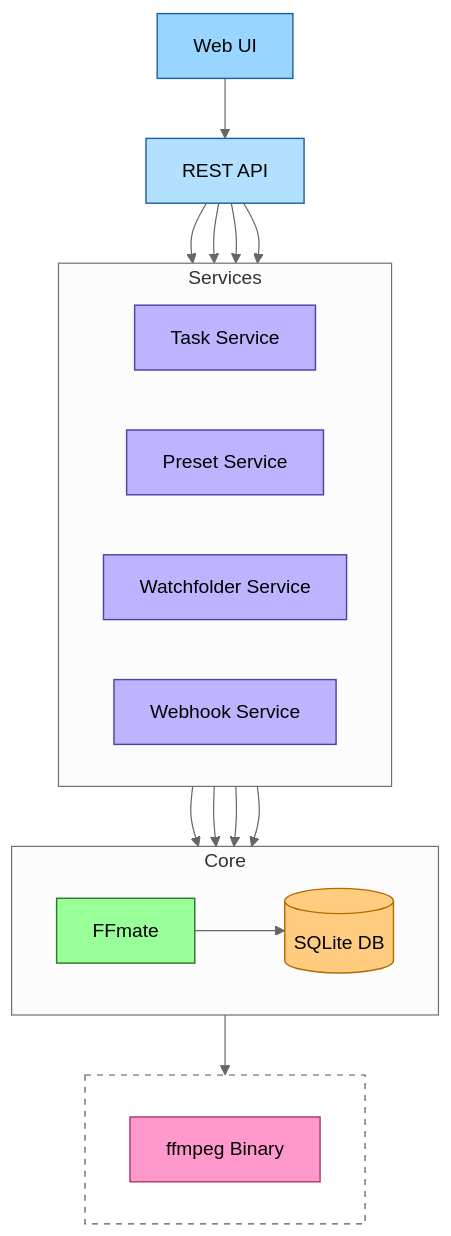
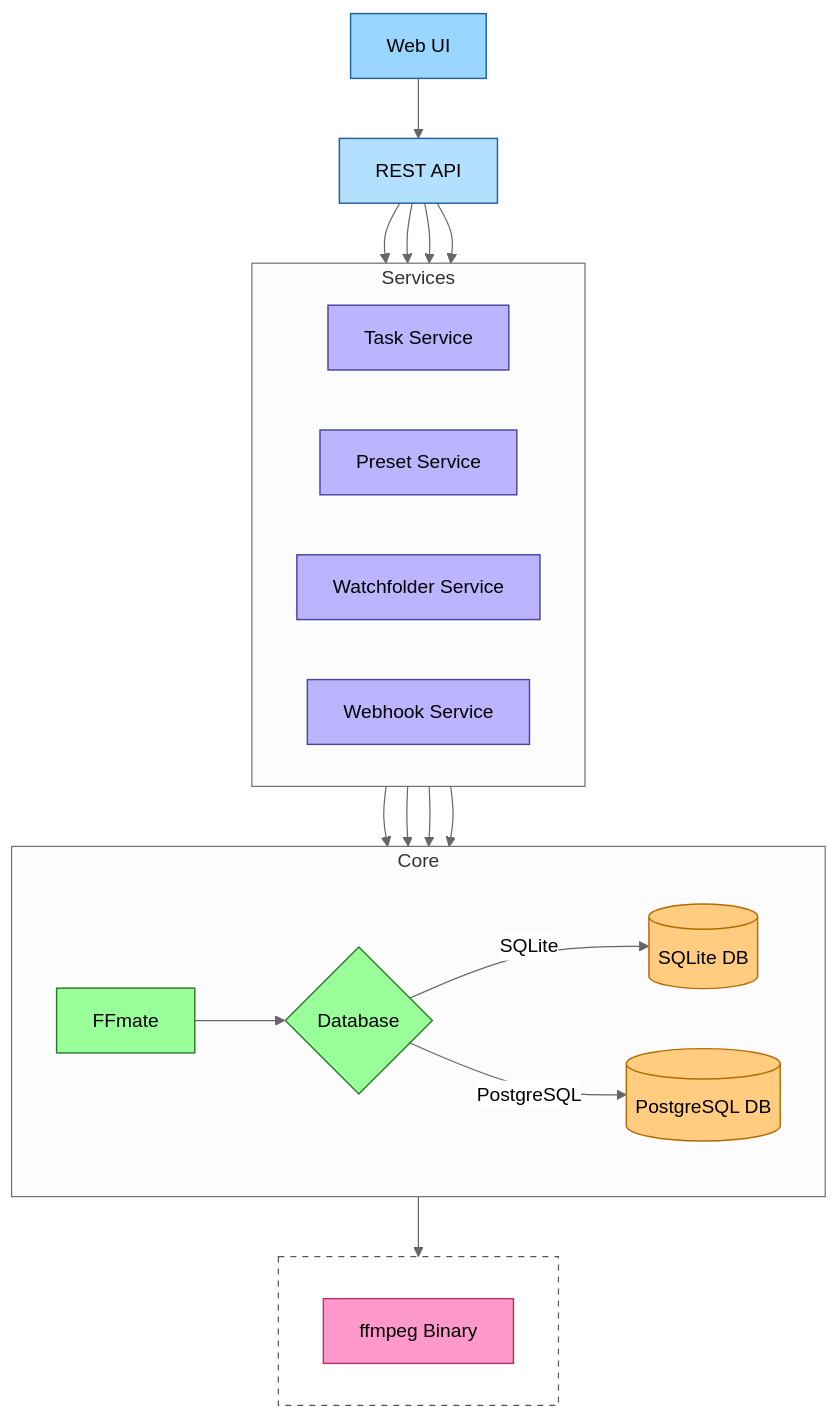
Before and after one commit to welovemedia/ffmate-docs: the diagram in docs/ffmate-internals.md, drawn with Mermaid (neutral theme). The commit also changed other lines of this file and 18 other files, not shown here.

````diff
--- a/docs/ffmate-internals.md
+++ b/docs/ffmate-internals.md
@@ -12,48 +12,54 @@
 ```mermaid
 graph TD
     %% ─── UI & API ─────────────────────────
     WebUI["Web UI"]:::ui
     REST_API["REST API"]:::api
     WebUI --> REST_API
 
     %% ─── Services (single row) ───────────
     subgraph Services ["Services"]
         direction LR
         TaskSvc["Task Service"]:::svc
         PresetSvc["Preset Service"]:::svc
         WatchfolderSvc["Watchfolder Service"]:::svc
         WebhookSvc["Webhook Service"]:::svc
     end
     REST_API --> TaskSvc
     REST_API --> PresetSvc
     REST_API --> WatchfolderSvc
     REST_API --> WebhookSvc
 
-    %% ─── Core & DB side-by-side ───────────
+    %% ─── Core & DB choice ────────────────
     subgraph Core ["Core"]
         direction LR
         FFMate["FFmate"]:::core
-        DB[(SQLite DB)]:::db
+        DBChoice{Database }:::core
+        DB_SQLITE[(SQLite DB)]:::db
+        DB_PG[(PostgreSQL DB)]:::db
     end
+
     TaskSvc --> FFMate
     PresetSvc --> FFMate
     WatchfolderSvc --> FFMate
     WebhookSvc --> FFMate
-    FFMate --> DB
+
+    FFMate --> DBChoice
+    DBChoice -->|SQLite| DB_SQLITE
+    DBChoice -->|PostgreSQL| DB_PG
 
     %% ─── ffmpeg binary in dashed box ─────
     subgraph FFmpegBlock [" "]
         direction LR
         FFmpeg["ffmpeg Binary"]:::ffbin
     end
     style FFmpegBlock stroke-dasharray:5 5,stroke:#555,fill:none
     FFMate --> FFmpeg
 
     %% ─── Stronger colour palette + black text ──────────
     classDef ui     fill:#99d6ff,stroke:#2060a0,stroke-width:1.2px,color:#000000;
     classDef api    fill:#b3e0ff,stroke:#2060a0,stroke-width:1.2px,color:#000000;
     classDef svc    fill:#bdb4ff,stroke:#4b44a0,stroke-width:1.2px,color:#000000;
     classDef core   fill:#99ff99,stroke:#2d7a2d,stroke-width:1.2px,color:#000000;
     classDef db     fill:#ffcc80,stroke:#b36b00,stroke-width:1.2px,color:#000000;
     classDef ffbin  fill:#ff99cc,stroke:#b3366b,stroke-width:1.2px,color:#000000;
 ```
````
